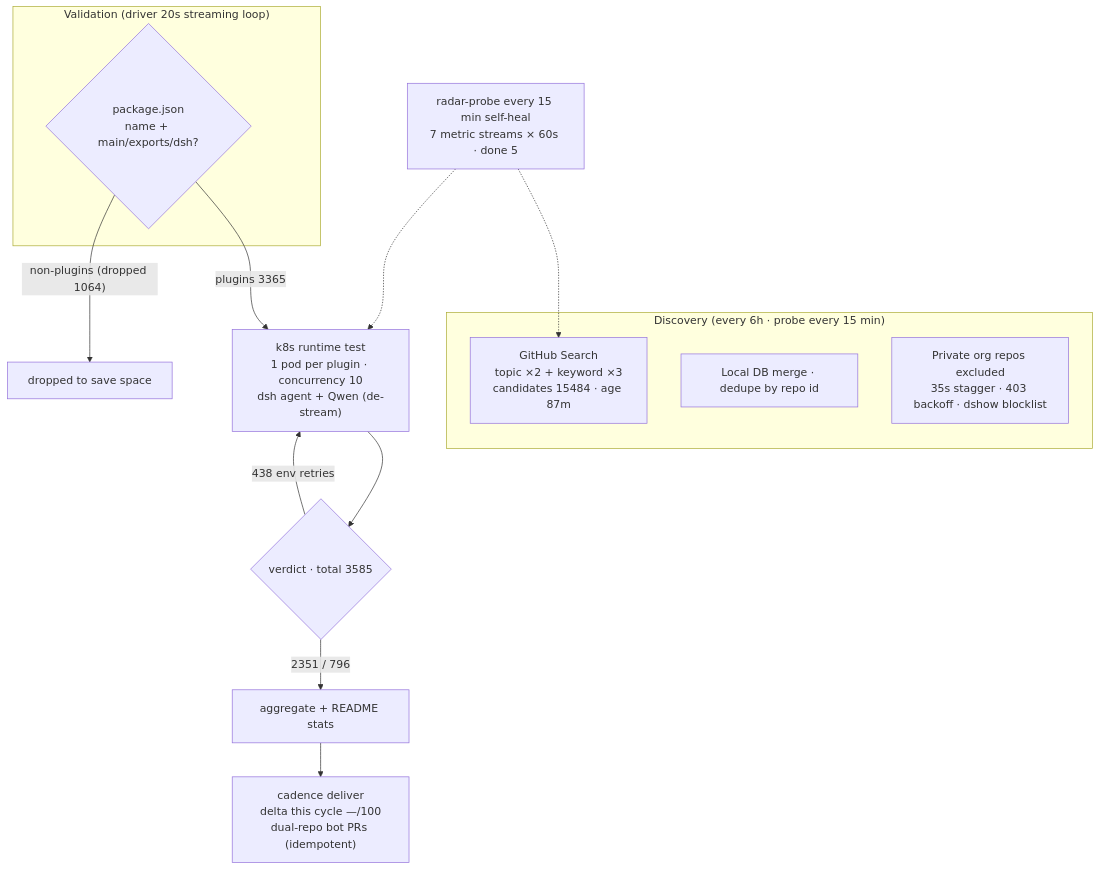
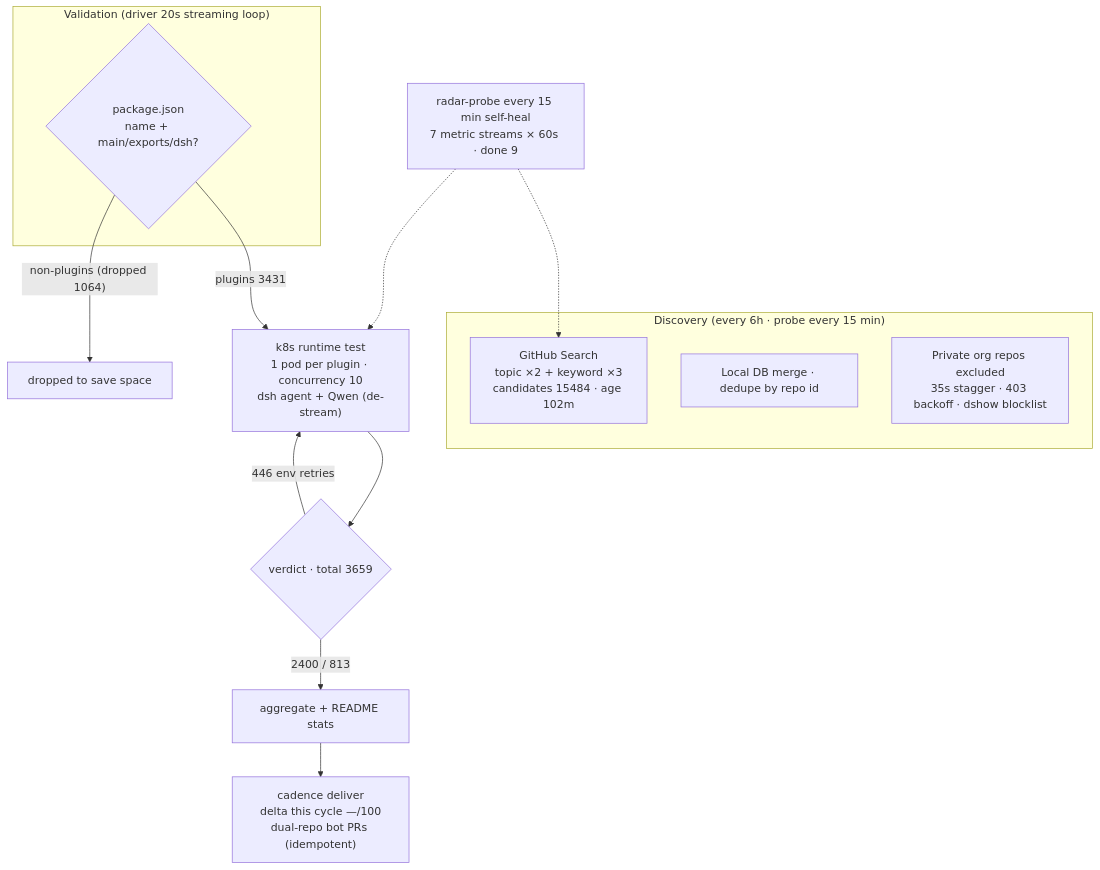
Before and after one commit to AdamPlatin123/awesome-dsh-plugins: the diagram in README.en-US.md, drawn with Mermaid. The commit also changed other lines of this file and 5 other files, not shown here.

````diff
--- a/README.en-US.md
+++ b/README.en-US.md
@@ -30,20 +30,20 @@
 ```mermaid
 flowchart TB
     subgraph Discovery["Discovery (every 6h · probe every 15 min)"]
-        A1["GitHub Search<br/>topic ×2 + keyword ×3<br/>candidates 15484 · age 87m"]
+        A1["GitHub Search<br/>topic ×2 + keyword ×3<br/>candidates 15484 · age 102m"]
         A2["Local DB merge · dedupe by repo id"]
         A3["Private org repos excluded<br/>35s stagger · 403 backoff · dshow blocklist"]
     end
     subgraph Validation["Validation (driver 20s streaming loop)"]
         B1{"package.json<br/>name + main/exports/dsh?"}
     end
-    B1 -->|"plugins 3365"| C1["k8s runtime test<br/>1 pod per plugin · concurrency 10<br/>dsh agent + Qwen (de-stream)"]
+    B1 -->|"plugins 3431"| C1["k8s runtime test<br/>1 pod per plugin · concurrency 10<br/>dsh agent + Qwen (de-stream)"]
     B1 -->|"non-plugins (dropped 1064)"| B3["dropped to save space"]
-    C1 --> D1{"verdict · total 3585"}
-    D1 -->|"2351 / 796"| E1["aggregate + README stats"]
-    D1 -->|"438 env retries"| C1
+    C1 --> D1{"verdict · total 3659"}
+    D1 -->|"2400 / 813"| E1["aggregate + README stats"]
+    D1 -->|"446 env retries"| C1
     E1 --> E2["cadence deliver<br/>delta this cycle —/100<br/>dual-repo bot PRs (idempotent)"]
-    M["radar-probe every 15 min self-heal<br/>7 metric streams × 60s · done 5"]
+    M["radar-probe every 15 min self-heal<br/>7 metric streams × 60s · done 9"]
     M -.-> A1
     M -.-> C1
 ```
````
